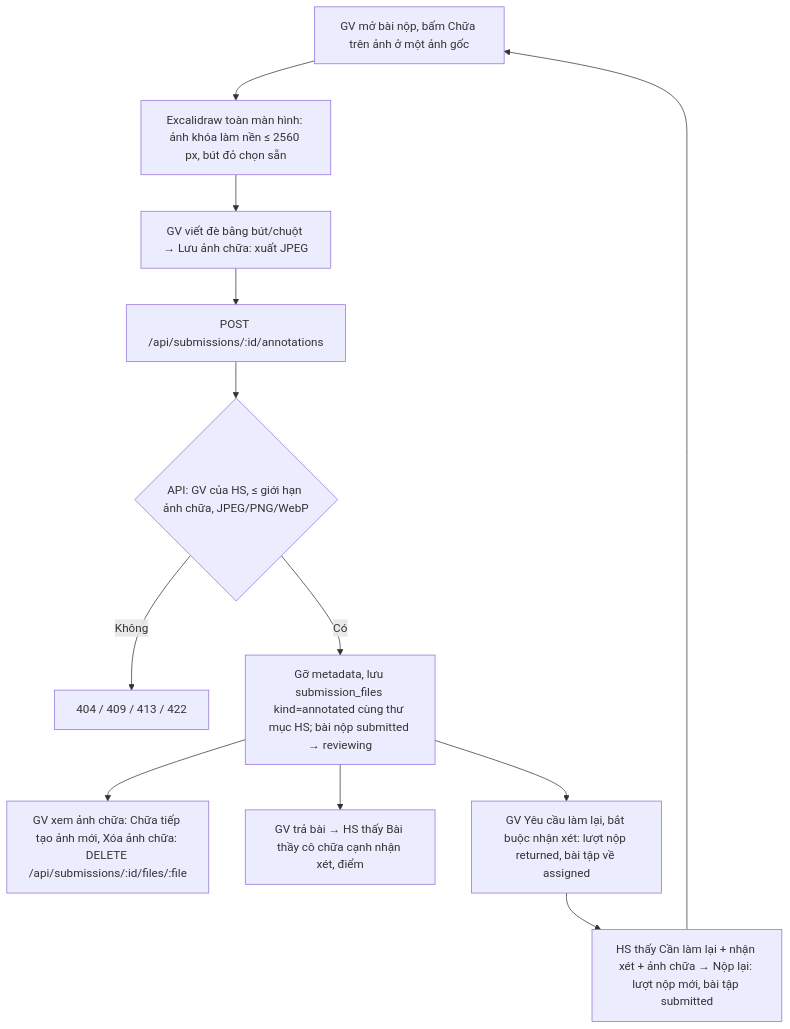
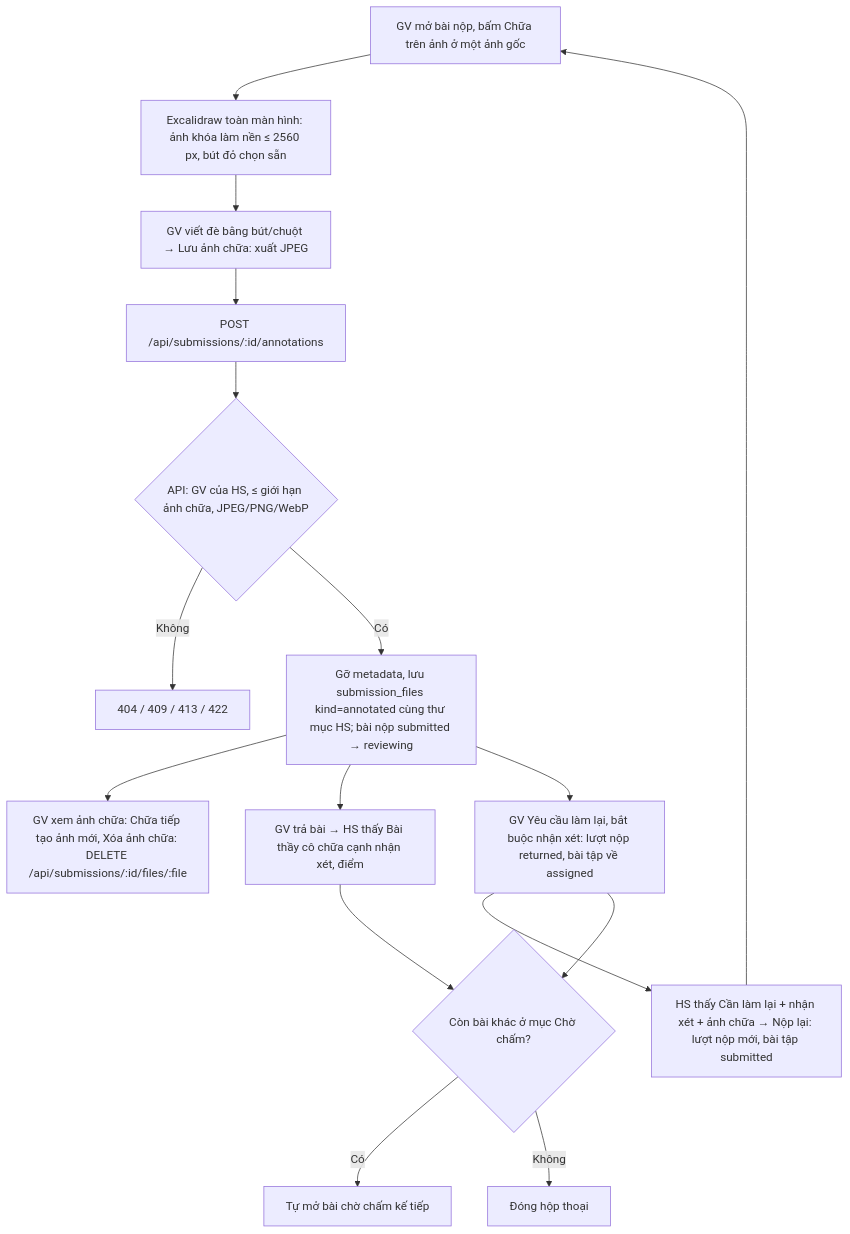
Diagram 20 of 21 in docs/flows.md (TrungTuyenDo02/Web_teaching_online), drawn with Mermaid before and after one commit. The commit also changed other lines of this file and 15 other files, not shown here.

First line of the commit message:
Bot hỗ trợ, chấm bài theo hàng chờ, nộp bài nhiều ảnh, ưu tiên tiếng nói và chỉnh giao diện điện thoại/tablet

````diff
--- a/docs/flows.md
+++ b/docs/flows.md
@@ -511,14 +514,18 @@
 ```mermaid
 flowchart TD
   A[GV mở bài nộp, bấm Chữa trên ảnh ở một ảnh gốc] --> B[Excalidraw toàn màn hình: ảnh khóa làm nền ≤ 2560 px, bút đỏ chọn sẵn]
   B --> C[GV viết đè bằng bút/chuột → Lưu ảnh chữa: xuất JPEG]
   C --> D[POST /api/submissions/:id/annotations]
   D --> E{API: GV của HS, ≤ giới hạn ảnh chữa, JPEG/PNG/WebP}
   E -->|Không| X[404 / 409 / 413 / 422]
   E -->|Có| F[Gỡ metadata, lưu submission_files kind=annotated cùng thư mục HS; bài nộp submitted → reviewing]
   F --> G[GV xem ảnh chữa: Chữa tiếp tạo ảnh mới, Xóa ảnh chữa: DELETE /api/submissions/:id/files/:file]
   F --> H[GV trả bài → HS thấy Bài thầy cô chữa cạnh nhận xét, điểm]
   F --> R[GV Yêu cầu làm lại, bắt buộc nhận xét: lượt nộp returned, bài tập về assigned]
   R --> S[HS thấy Cần làm lại + nhận xét + ảnh chữa → Nộp lại: lượt nộp mới, bài tập submitted]
   S --> A
+  H --> N{Còn bài khác ở mục Chờ chấm?}
+  R --> N
+  N -->|Có| A2[Tự mở bài chờ chấm kế tiếp]
+  N -->|Không| Z2[Đóng hộp thoại]
 ```
````
